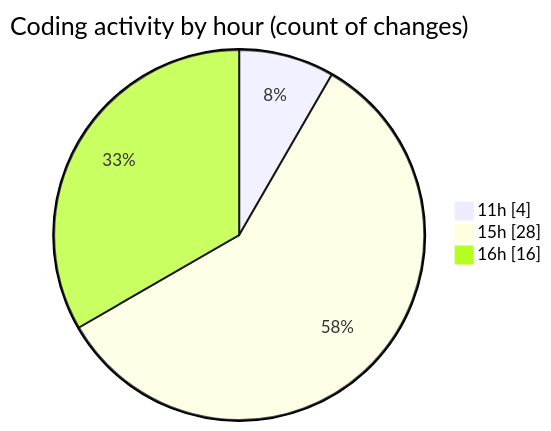
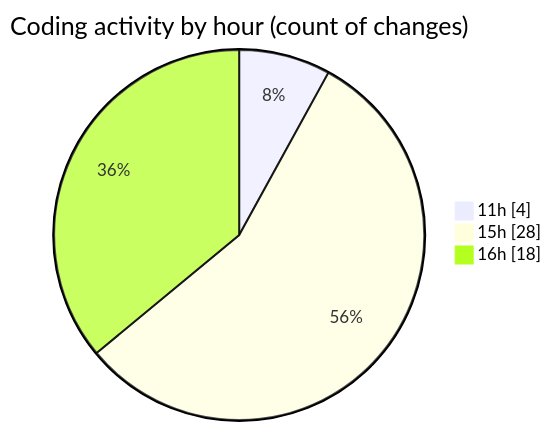
One commit to nxtqubesakshisongat/code-tracking changed the second of 2 diagrams in 2025-05-29/nxtqube_webapp/README.md. Above: the diagram before and after it, drawn with Mermaid. The commit also changed other lines of this file and 1 other file, not shown here.

````diff
--- a/2025-05-29/nxtqube_webapp/README.md
+++ b/2025-05-29/nxtqube_webapp/README.md
@@ -38,7 +38,7 @@
 ```mermaid
 pie showData
 title Coding activity by hour (count of changes)
 "11h" : 4
 "15h" : 28
-"16h" : 16
+"16h" : 18
 ```
````
